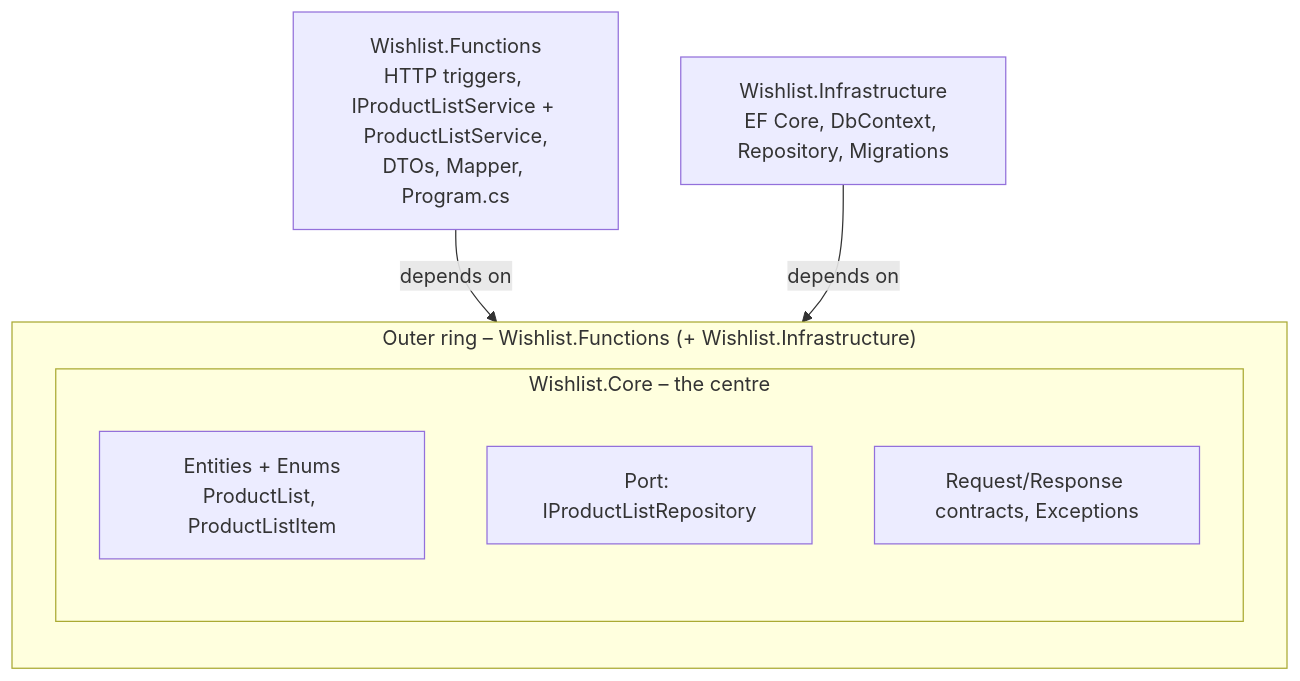
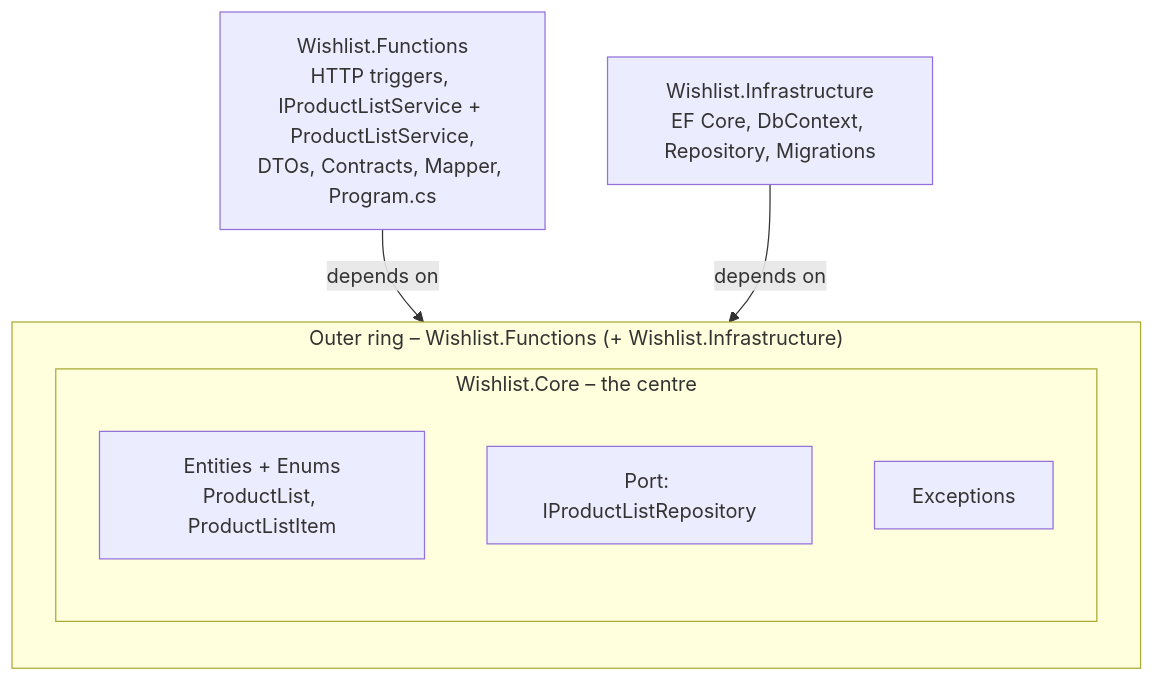
One commit to YammanureSreekanth/csharp-mini-project changed the first of 8 diagrams in Wishlist/ARCHITECTURE.md. Above: the diagram before and after it, drawn with Mermaid. The commit also changed other lines of this file and 8 other files, not shown here.

Commit message:
feat: add request and response contracts for product lists and list items, and update references in services and functions

````diff
--- a/Wishlist/ARCHITECTURE.md
+++ b/Wishlist/ARCHITECTURE.md
@@ -15,14 +15,14 @@
 ```mermaid
 flowchart TB
     subgraph Outer["Outer ring – Wishlist.Functions (+ Wishlist.Infrastructure)"]
         direction TB
         subgraph Inner["Wishlist.Core – the centre"]
             direction TB
             E["Entities + Enums<br/>ProductList, ProductListItem"]
             I["Port: IProductListRepository"]
-            D["Request/Response contracts, Exceptions"]
+            D["Exceptions"]
         end
     end
-    F["Wishlist.Functions<br/>HTTP triggers, IProductListService + ProductListService,<br/>DTOs, Mapper, Program.cs"] -->|depends on| Inner
+    F["Wishlist.Functions<br/>HTTP triggers, IProductListService + ProductListService,<br/>DTOs, Contracts, Mapper, Program.cs"] -->|depends on| Inner
     INF["Wishlist.Infrastructure<br/>EF Core, DbContext, Repository, Migrations"] -->|depends on| Inner
 ```
````
